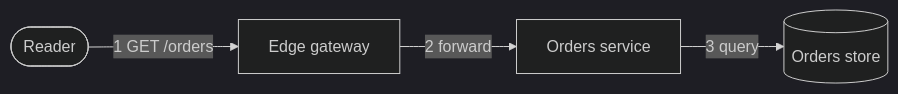
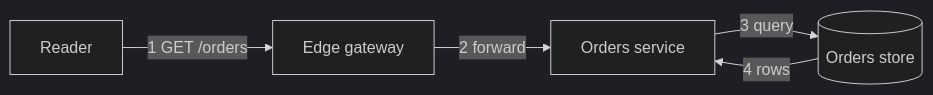
The third of 4 diagrams in skills/learn-with-me/templates/lesson.md (aditya11201/pstack), drawn with Mermaid (dark theme) before and after one commit. The commit also changed other lines of this file and 19 other files, not shown here.

````diff
--- a/skills/learn-with-me/templates/lesson.md
+++ b/skills/learn-with-me/templates/lesson.md
@@ -68,6 +89,7 @@
 ```mermaid
 flowchart LR
-  client([Reader]) -->|1 GET /orders| gateway[Edge gateway]
+  client[Reader] -->|1 GET /orders| gateway[Edge gateway]
   gateway -->|2 forward| service[Orders service]
   service -->|3 query| db[(Orders store)]
+  db -->|4 rows| service
 ```
````
